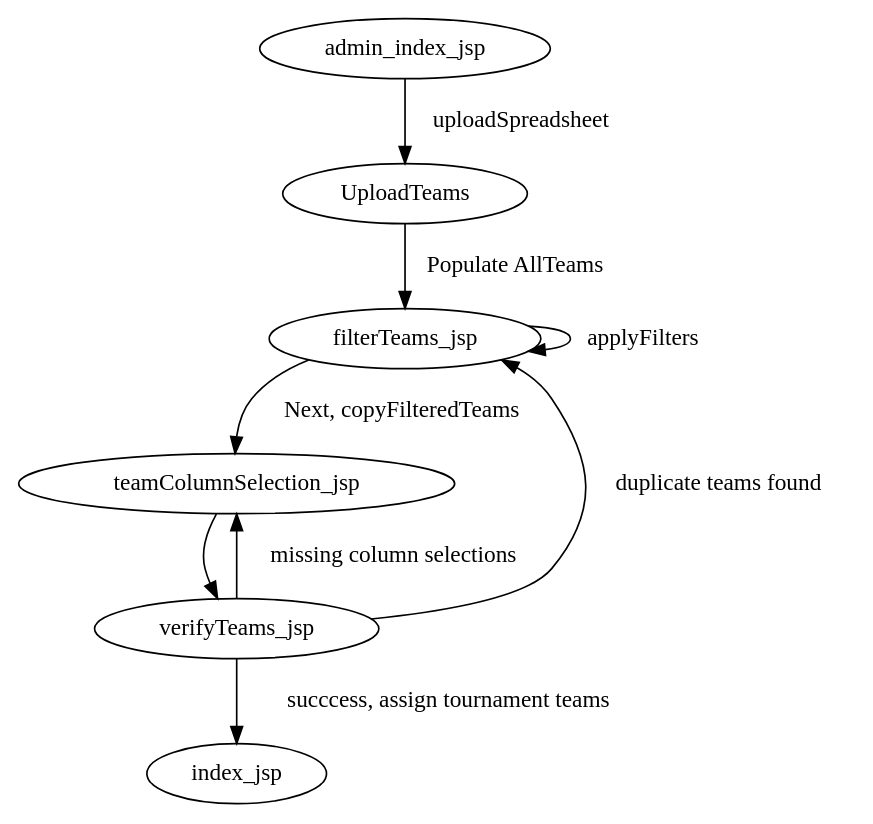
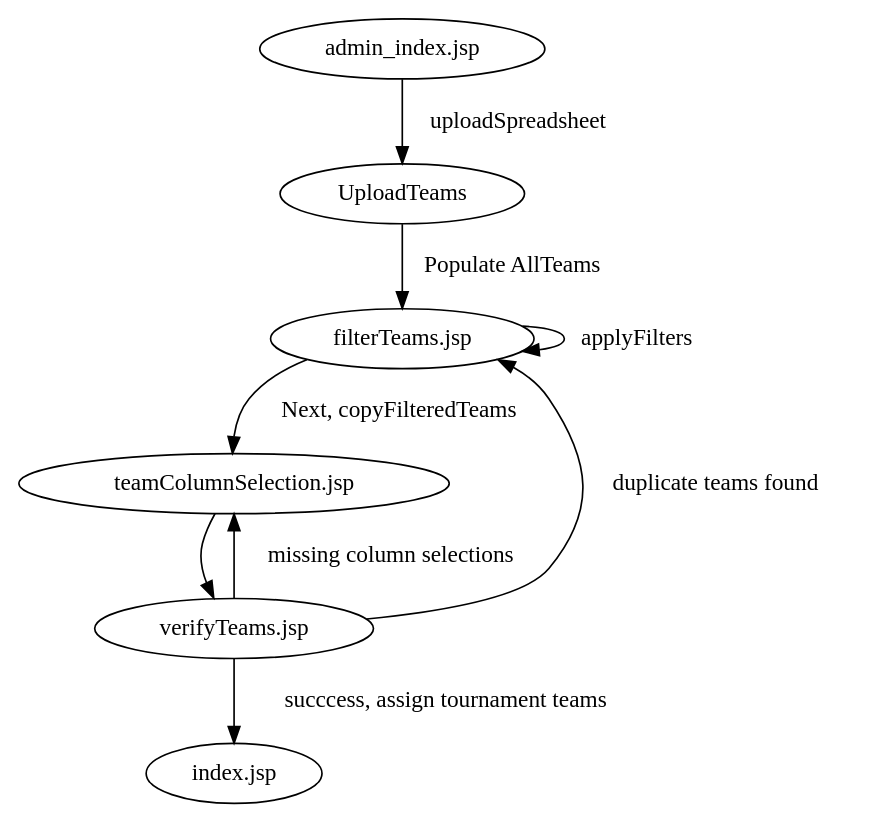
Before and after one commit to jpschewe/fll-sw: the diagram in scoring/docs/workflows/upload-teams.dot, drawn with Graphviz. The commit also changed 8 other files, not shown here.

```diff
--- a/scoring/docs/workflows/upload-teams.dot
+++ b/scoring/docs/workflows/upload-teams.dot
@@ -1,19 +1,19 @@
 digraph upload_teams {
 
-admin_index_jsp -> UploadTeams [label="uploadSpreadsheet"];
+"admin_index.jsp" -> UploadTeams [label="uploadSpreadsheet"];
 
-UploadTeams -> filterTeams_jsp [label="Populate AllTeams"];
+UploadTeams -> "filterTeams.jsp" [label="Populate AllTeams"];
 
-filterTeams_jsp -> filterTeams_jsp [label="applyFilters"];
+"filterTeams.jsp" -> "filterTeams.jsp" [label="applyFilters"];
 
-filterTeams_jsp -> teamColumnSelection_jsp [label="Next, copyFilteredTeams"];
+"filterTeams.jsp" -> "teamColumnSelection.jsp" [label="Next, copyFilteredTeams"];
 
-teamColumnSelection_jsp -> verifyTeams_jsp;
+"teamColumnSelection.jsp" -> "verifyTeams.jsp";
 
-verifyTeams_jsp -> teamColumnSelection_jsp [label="missing column selections"];
+"verifyTeams.jsp" -> "teamColumnSelection.jsp" [label="missing column selections"];
 
-verifyTeams_jsp -> filterTeams_jsp [label="duplicate teams found"];
+"verifyTeams.jsp" -> "filterTeams.jsp" [label="duplicate teams found"];
 
-verifyTeams_jsp -> index_jsp [label="succcess, assign tournament teams"];
+"verifyTeams.jsp" -> "index.jsp" [label="succcess, assign tournament teams"];
 
 }
```
